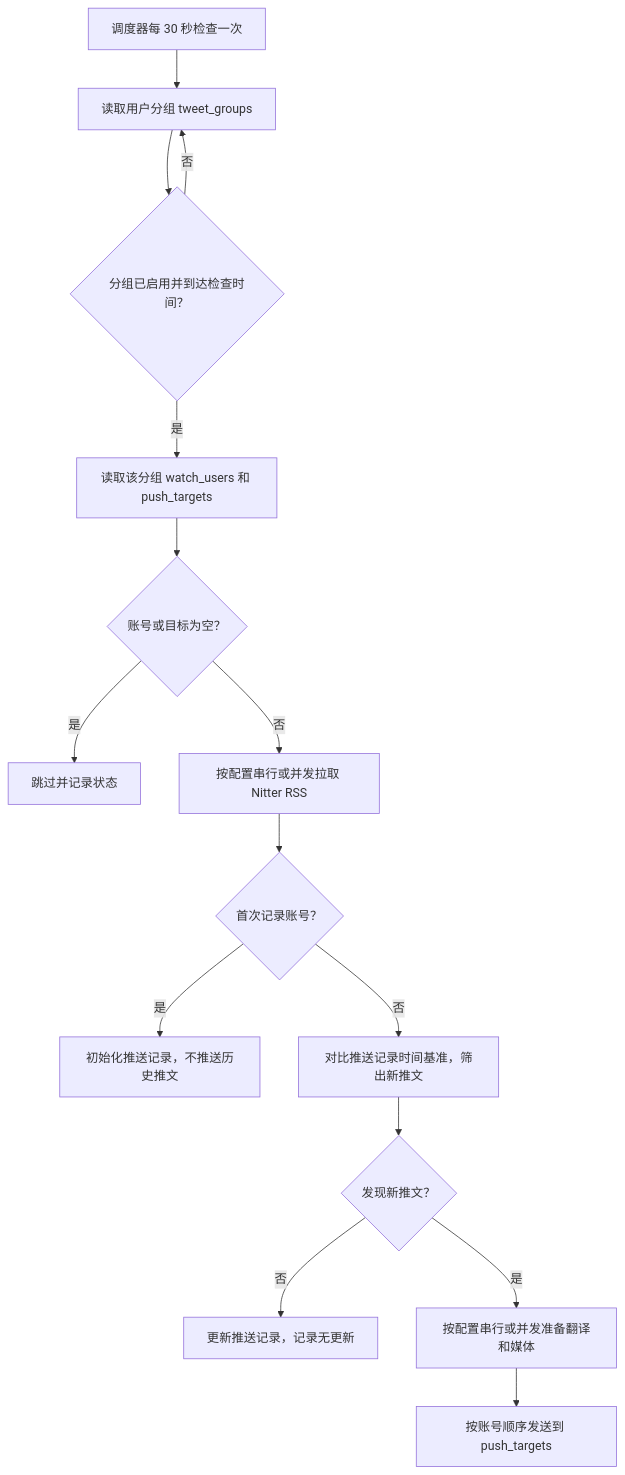
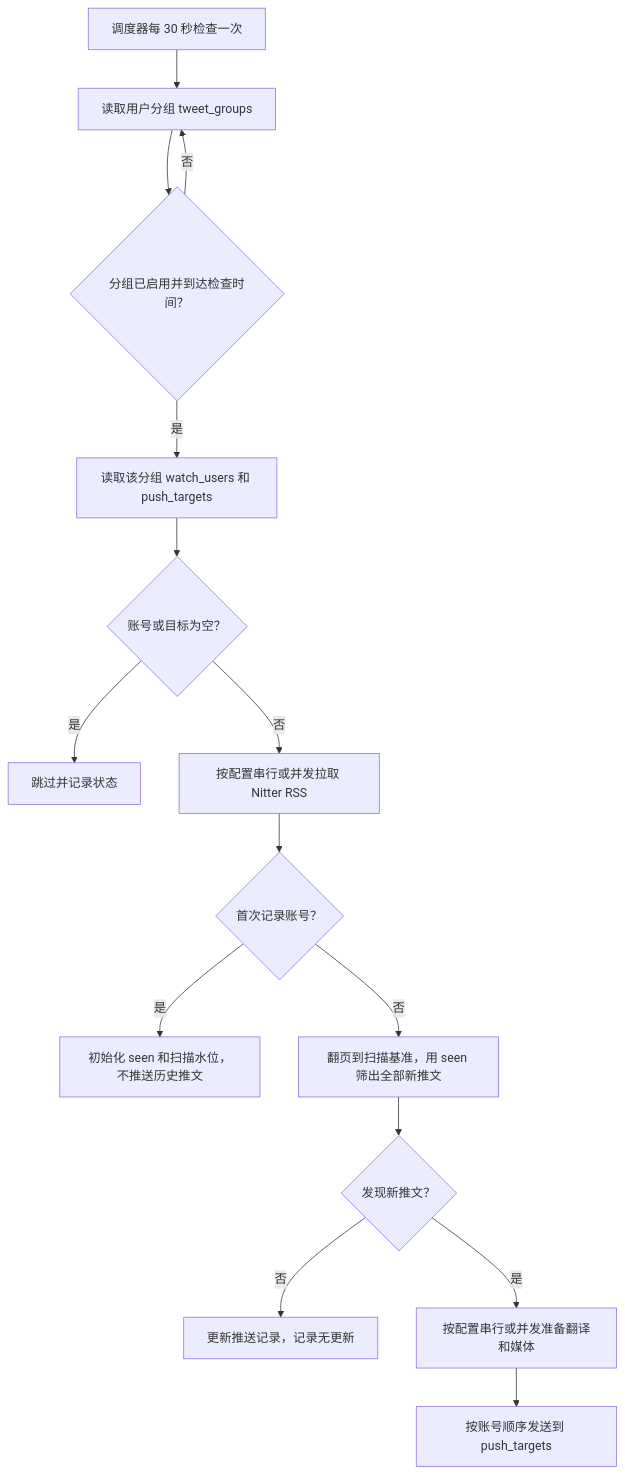
The first of 3 diagrams in docs/advanced.md (shitianyaa/astrbot_plugin_nitter_tweets), drawn with Mermaid before and after one commit. The commit also changed other lines of this file and 24 other files, not shown here.

````diff
--- a/docs/advanced.md
+++ b/docs/advanced.md
@@ -24,17 +24,17 @@
 ```mermaid
 flowchart TD
     A["调度器每 30 秒检查一次"] --> B["读取用户分组 tweet_groups"]
     B --> C{"分组已启用并到达检查时间？"}
     C -->|否| B
     C -->|是| D["读取该分组 watch_users 和 push_targets"]
     D --> E{"账号或目标为空？"}
     E -->|是| F["跳过并记录状态"]
     E -->|否| G["按配置串行或并发拉取 Nitter RSS"]
     G --> H{"首次记录账号？"}
-    H -->|是| I["初始化推送记录，不推送历史推文"]
-    H -->|否| J["对比推送记录时间基准，筛出新推文"]
+    H -->|是| I["初始化 seen 和扫描水位，不推送历史推文"]
+    H -->|否| J["翻页到扫描基准，用 seen 筛出全部新推文"]
     J --> K{"发现新推文？"}
     K -->|否| L["更新推送记录，记录无更新"]
     K -->|是| M["按配置串行或并发准备翻译和媒体"]
     M --> O["按账号顺序发送到 push_targets"]
 ```
````
